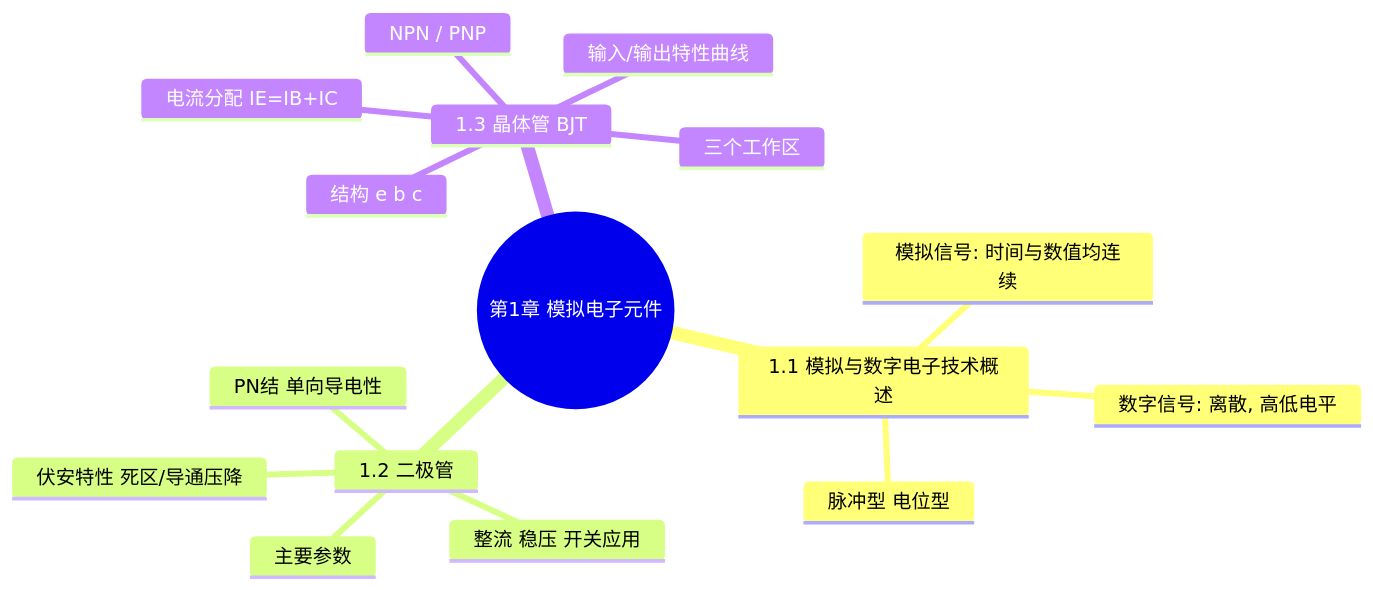
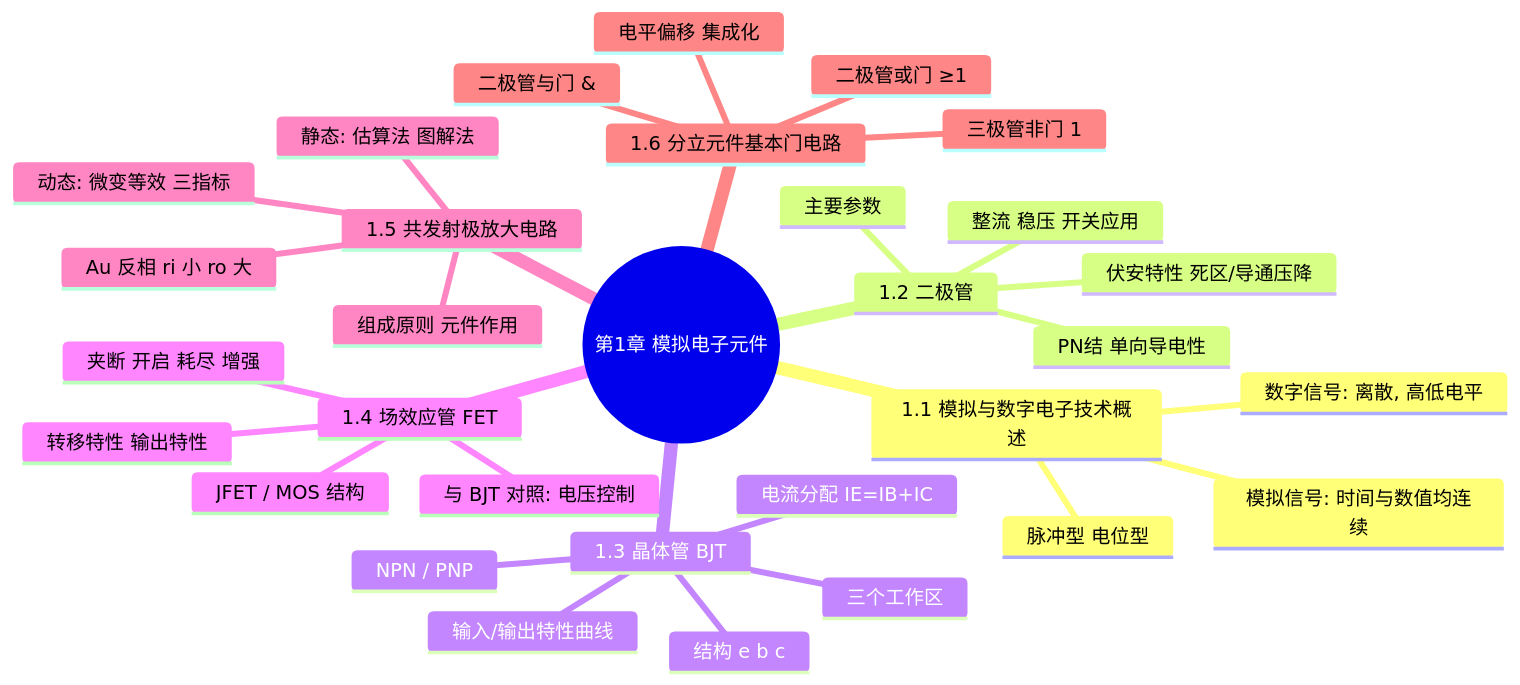
The second of 8 diagrams in 学习资料/模拟电路与数字电路全书_知识点讲解_日常学习.md (Kastrovsky/hrbust-cs-shudian-notes), drawn with Mermaid before and after one commit. The commit also changed other lines of this file and 112 other files, not shown here.

````diff
--- a/学习资料/模拟电路与数字电路全书_知识点讲解_日常学习.md
+++ b/学习资料/模拟电路与数字电路全书_知识点讲解_日常学习.md
@@ -54,19 +72,34 @@
 ```mermaid
 mindmap
   root((第1章 模拟电子元件))
     1.1 模拟与数字电子技术概述
       模拟信号: 时间与数值均连续
       数字信号: 离散, 高低电平
       脉冲型 电位型
     1.2 二极管
       PN结 单向导电性
       伏安特性 死区/导通压降
       主要参数
       整流 稳压 开关应用
     1.3 晶体管 BJT
       结构 e b c
       NPN / PNP
       电流分配 IE=IB+IC
       输入/输出特性曲线
       三个工作区
+    1.4 场效应管 FET
+      JFET / MOS 结构
+      转移特性 输出特性
+      夹断 开启 耗尽 增强
+      与 BJT 对照: 电压控制
+    1.5 共发射极放大电路
+      组成原则 元件作用
+      静态: 估算法 图解法
+      动态: 微变等效 三指标
+      Au 反相 ri 小 ro 大
+    1.6 分立元件基本门电路
+      二极管与门 &
+      二极管或门 ≥1
+      三极管非门 1
+      电平偏移 集成化
 ```
````
